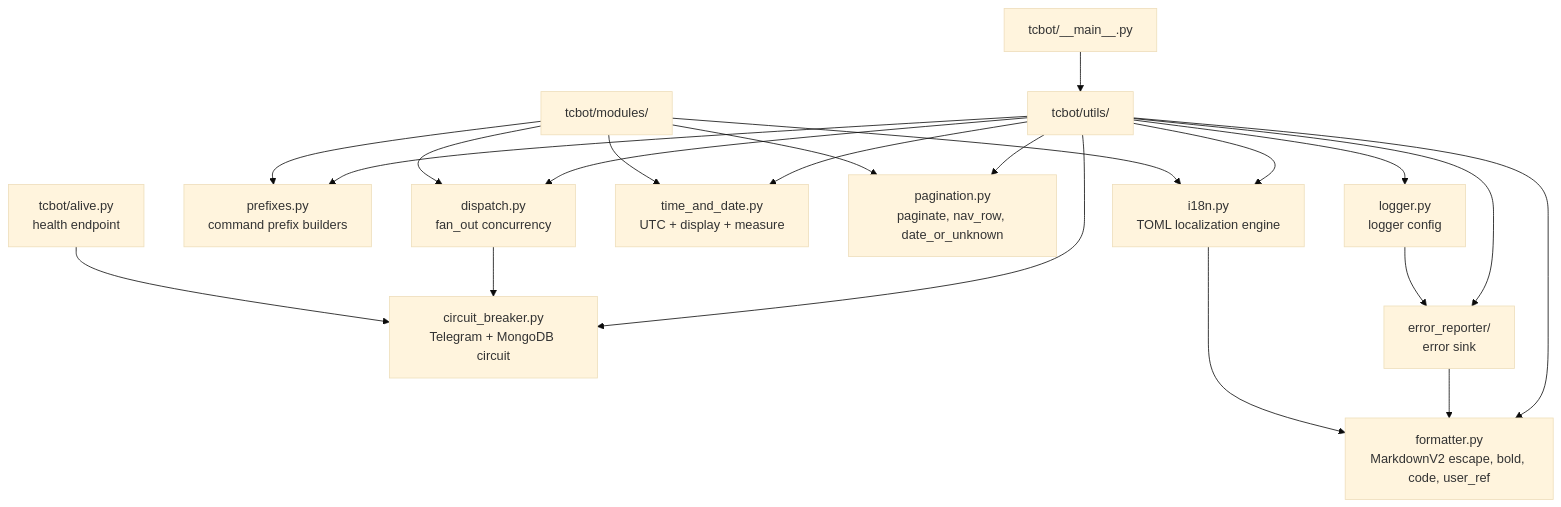
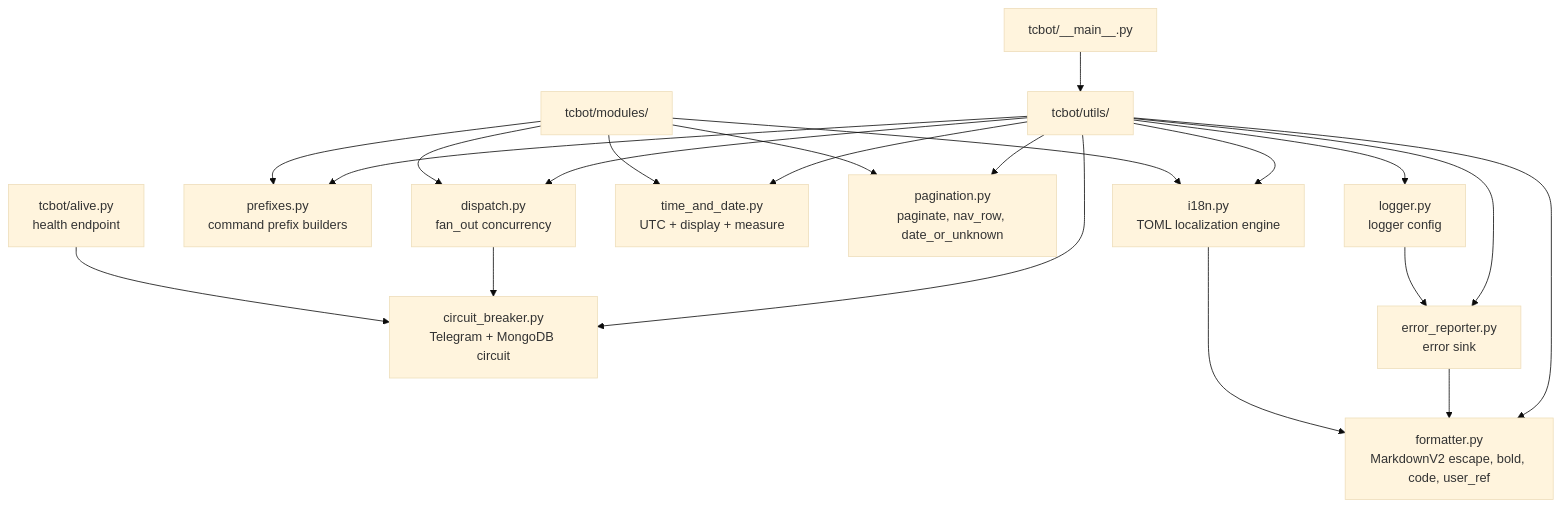
One commit to D1ZZY4/tcbot changed the diagram in docs/architecture/utilities.md. Above: the diagram before and after it, drawn with Mermaid (base theme). The commit also changed other lines of this file and 196 other files, not shown here.

````diff
--- a/docs/architecture/utilities.md
+++ b/docs/architecture/utilities.md
@@ -9,23 +9,23 @@
 ```mermaid
 flowchart TD
     Main[tcbot/__main__.py] --> Utils[tcbot/utils/]
     Utils --> CB[circuit_breaker.py<br/>Telegram + MongoDB circuit]
     Utils --> Dispatch[dispatch.py<br/>fan_out concurrency]
     Utils --> Prefixes[prefixes.py<br/>command prefix builders]
     Utils --> Logging[logger.py<br/>logger config]
-    Utils --> ErrorReporter[error_reporter/<br/>error sink]
+    Utils --> ErrorReporter[error_reporter.py<br/>error sink]
     Utils --> TimeDate[time_and_date.py<br/>UTC + display + measure]
     Utils --> Pagination[pagination.py<br/>paginate, nav_row, date_or_unknown]
     Utils --> Fmt[formatter.py<br/>MarkdownV2 escape, bold, code, user_ref]
     Utils --> I18n[i18n.py<br/>TOML localization engine]
     Dispatch --> CB
     Modules[tcbot/modules/] --> Dispatch
     Modules --> Prefixes
     Modules --> TimeDate
     Modules --> Pagination
     Modules --> I18n
     Logging --> ErrorReporter
     ErrorReporter --> Fmt
     I18n --> Fmt
     Alive[tcbot/alive.py<br/>health endpoint] --> CB
 ```
````
